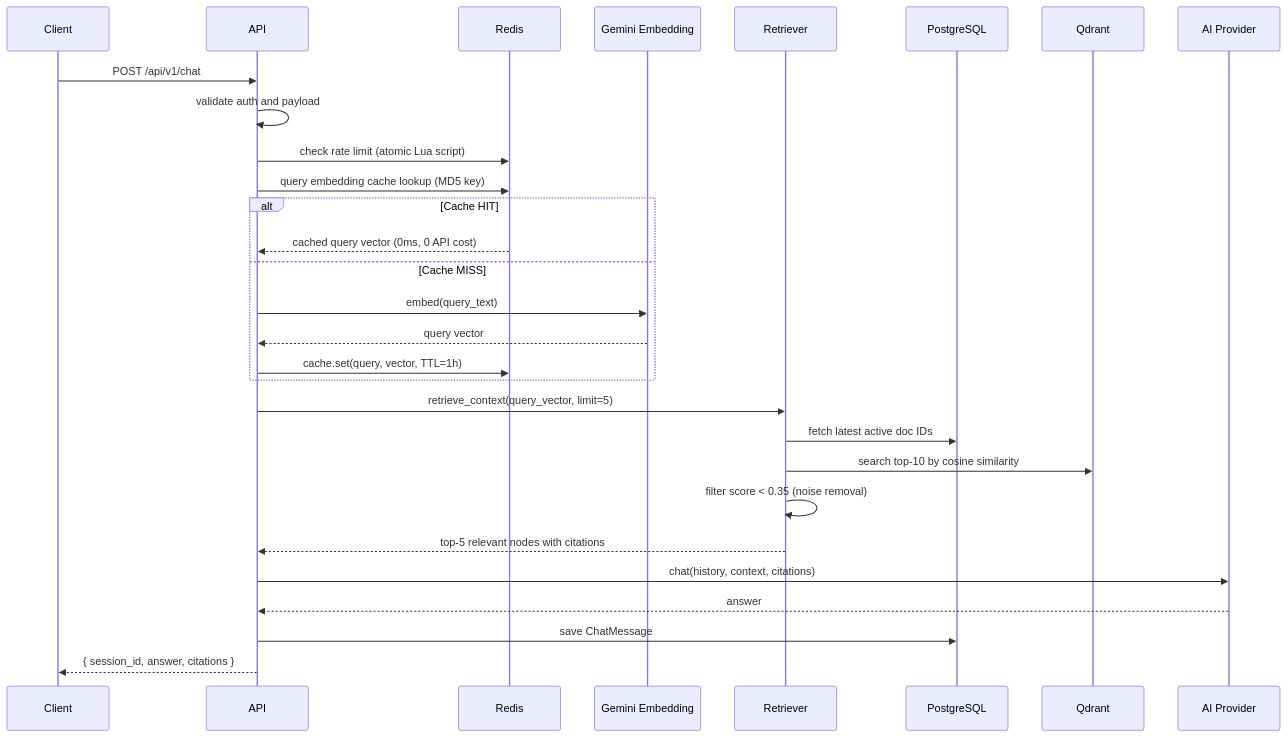
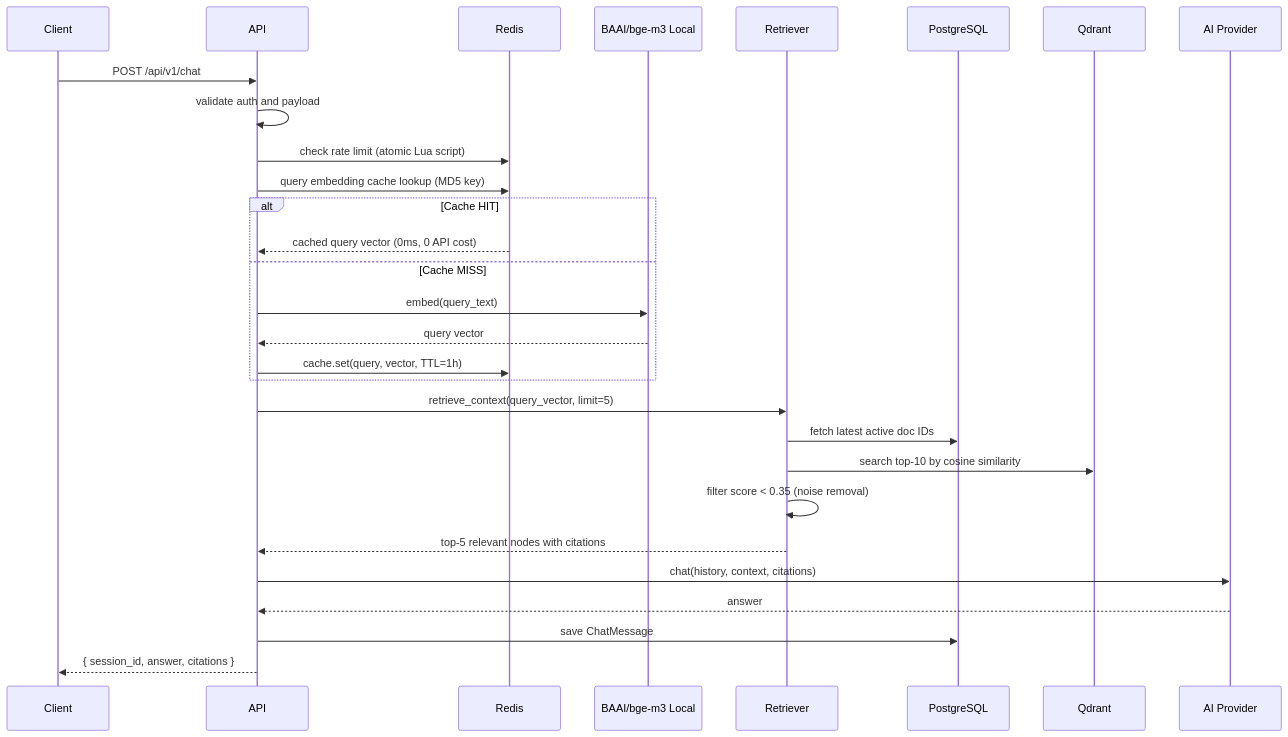
Before and after one commit to qtuanph/chatbot-rag: the second of 3 diagrams in docs/03_CORE_WORKFLOWS.md, drawn with Mermaid. The commit also changed 44 other files, not shown here.

Commit message:
feat: implement core RAG architecture with FastAPI, vector store integration, and admin dashboard UI

````diff
--- a/docs/03_CORE_WORKFLOWS.md
+++ b/docs/03_CORE_WORKFLOWS.md
@@ -61,32 +61,32 @@
 ```mermaid
 sequenceDiagram
     participant Client
     participant API
     participant Redis
-    participant Embedder as Gemini Embedding
+    participant Embedder as BAAI/bge-m3 Local
     participant Retriever
     participant DB as PostgreSQL
     participant Qdrant
     participant Provider as AI Provider
 
     Client->>API: POST /api/v1/chat
     API->>API: validate auth and payload
     API->>Redis: check rate limit (atomic Lua script)
     API->>Redis: query embedding cache lookup (MD5 key)
     alt Cache HIT
         Redis-->>API: cached query vector (0ms, 0 API cost)
     else Cache MISS
         API->>Embedder: embed(query_text)
         Embedder-->>API: query vector
         API->>Redis: cache.set(query, vector, TTL=1h)
     end
     API->>Retriever: retrieve_context(query_vector, limit=5)
     Retriever->>DB: fetch latest active doc IDs
     Retriever->>Qdrant: search top-10 by cosine similarity
     Retriever->>Retriever: filter score < 0.35 (noise removal)
     Retriever-->>API: top-5 relevant nodes with citations
     API->>Provider: chat(history, context, citations)
     Provider-->>API: answer
     API->>DB: save ChatMessage
     API-->>Client: { session_id, answer, citations }
 ```
````
